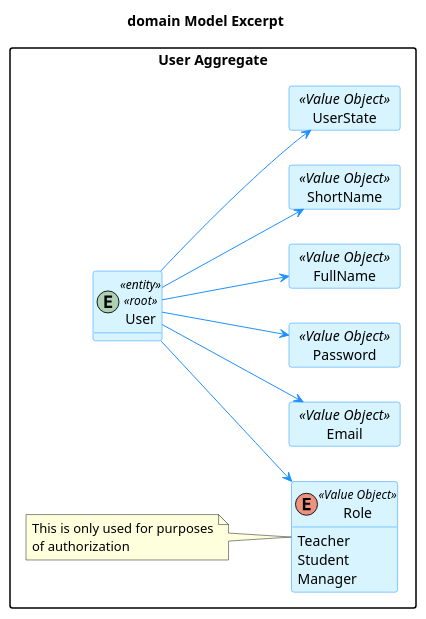
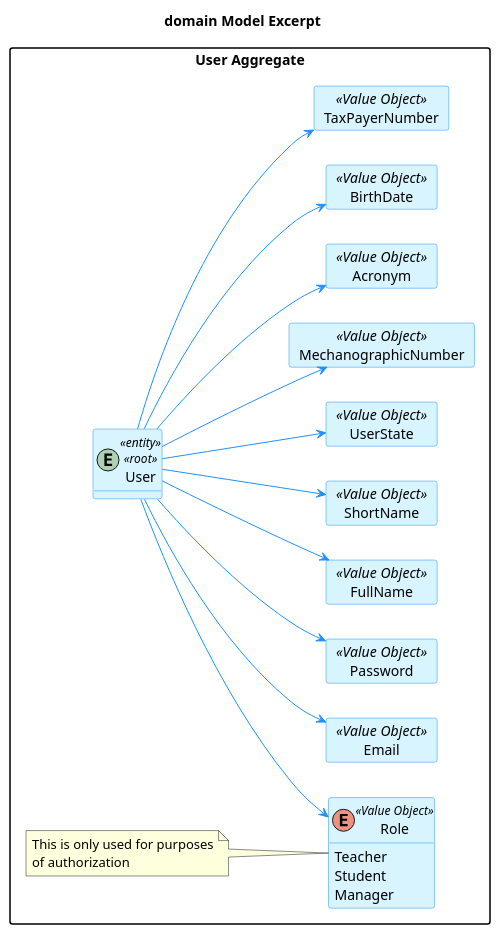
Before and after one commit to brunacosta03/sem4pi_22_23: the diagram in docs/SPRINT A/US_G006/Analysis/DomainModel.puml, drawn with PlantUML. The commit also changed 1 other file, not shown here.

```diff
--- a/docs/SPRINT A/US_G006/Analysis/DomainModel.puml
+++ b/docs/SPRINT A/US_G006/Analysis/DomainModel.puml
@@ -1,61 +1,73 @@
 @startuml
 
 title domain Model Excerpt
 
 hide methods
 left to right direction
 
 skinparam classAttributeIconSize 0
 
 skinparam class {
     LifeLineBorderColor DodgerBlue
     LifeLineBackgroundColor APPLICATION
     BackgroundColor #D8F5FF
     ArrowColor DodgerBlue
     BorderColor DodgerBlue
 }
 
 skinparam packageStyle rectangle
 
 skinparam card {
     LifeLineBorderColor DodgerBlue
     LifeLineBackgroundColor APPLICATION
     BackgroundColor #D8F5FF
     ArrowColor DodgerBlue
     BorderColor DodgerBlue
 }
 
 package "User Aggregate" {
     entity User <<entity>><<root>>
 
 'User value objects
     card Email <<Value Object>>{
     }
     card Password <<Value Object>>{
     }
     card FullName <<Value Object>>{
     }
     card ShortName <<Value Object>>{
     }
     card UserState <<Value Object>>{
     }
+    card MechanographicNumber <<Value Object>>{
+    }
+    card Acronym <<Value Object>> {
+    }
+    card BirthDate <<Value Object>> {
+    }
+    card TaxPayerNumber <<Value Object>> {
+    }
     enum Role <<Value Object>> {
         Teacher
         Student
         Manager
     }
 
     User --> Email
     User --> Password
     User --> FullName
     User --> ShortName
     User --> Role
     User --> UserState
+    User --> MechanographicNumber
+    User --> Acronym
+    User --> BirthDate
+    User --> TaxPayerNumber
 
     note left of Role
         This is only used for purposes
         of authorization
     end note
 }
 
 @enduml
```
